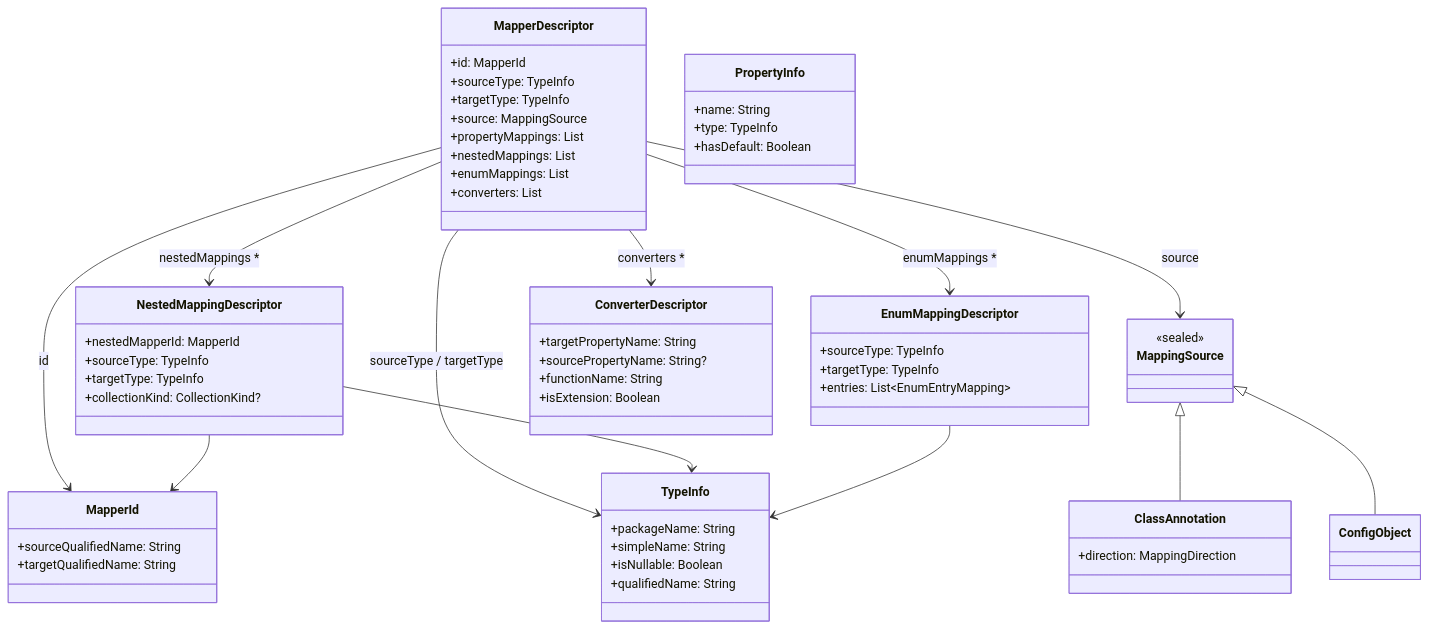
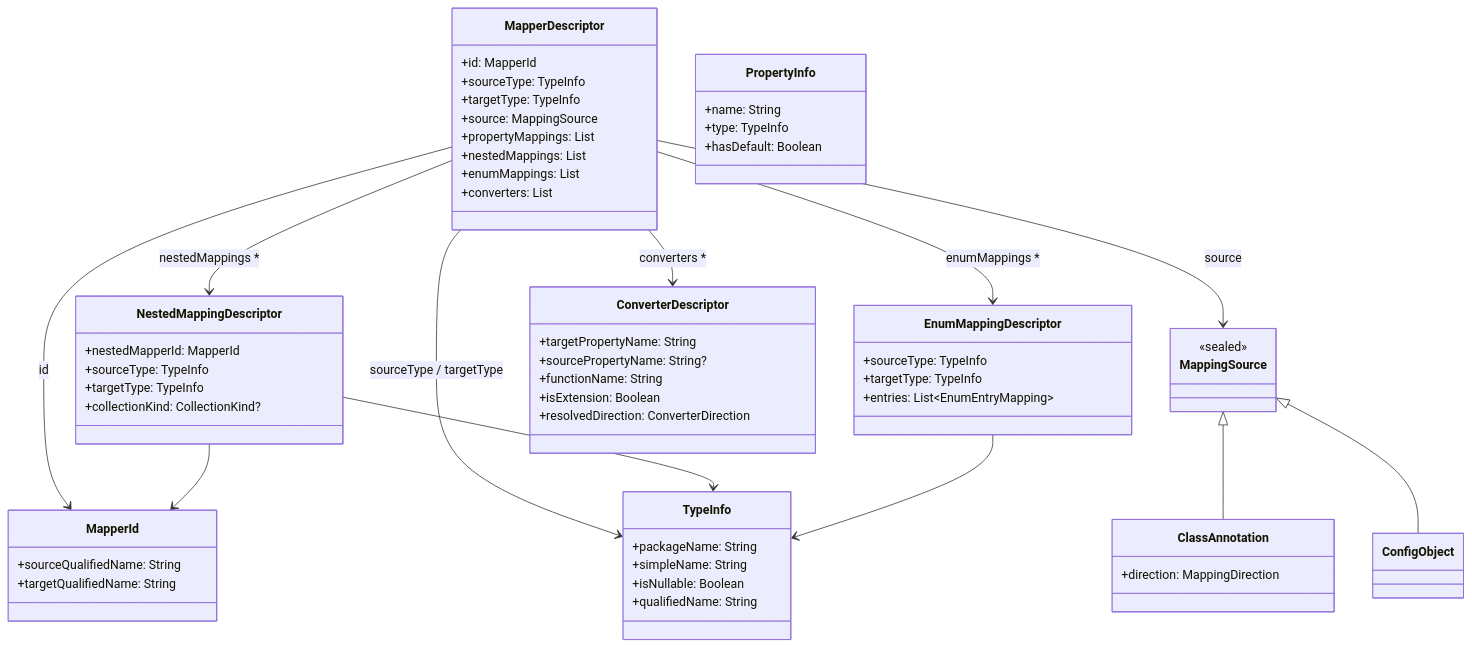
One commit to blu3berry-why/Kraft changed the second of 3 diagrams in docs/developer-guide/custom-code-generator.md. Above: the diagram before and after it, drawn with Mermaid. The commit also changed 13 other files, not shown here.

````diff
--- a/docs/developer-guide/custom-code-generator.md
+++ b/docs/developer-guide/custom-code-generator.md
@@ -58,71 +58,72 @@
 ```mermaid
 classDiagram
     direction TB
 
     class MapperDescriptor {
         +id: MapperId
         +sourceType: TypeInfo
         +targetType: TypeInfo
         +source: MappingSource
         +propertyMappings: List
         +nestedMappings: List
         +enumMappings: List
         +converters: List
     }
 
     class MapperId {
         +sourceQualifiedName: String
         +targetQualifiedName: String
     }
     class TypeInfo {
         +packageName: String
         +simpleName: String
         +isNullable: Boolean
         +qualifiedName: String
     }
     class PropertyInfo {
         +name: String
         +type: TypeInfo
         +hasDefault: Boolean
     }
 
     class MappingSource {
         <<sealed>>
     }
     class ClassAnnotation {
         +direction: MappingDirection
     }
     class ConfigObject
 
     class NestedMappingDescriptor {
         +nestedMapperId: MapperId
         +sourceType: TypeInfo
         +targetType: TypeInfo
         +collectionKind: CollectionKind?
     }
     class EnumMappingDescriptor {
         +sourceType: TypeInfo
         +targetType: TypeInfo
         +entries: List~EnumEntryMapping~
     }
     class ConverterDescriptor {
         +targetPropertyName: String
         +sourcePropertyName: String?
         +functionName: String
         +isExtension: Boolean
+        +resolvedDirection: ConverterDirection
     }
 
     MapperDescriptor --> MapperId : id
     MapperDescriptor --> TypeInfo : sourceType / targetType
     MapperDescriptor --> MappingSource : source
     MapperDescriptor --> NestedMappingDescriptor : nestedMappings *
     MapperDescriptor --> EnumMappingDescriptor : enumMappings *
     MapperDescriptor --> ConverterDescriptor : converters *
 
     MappingSource <|-- ClassAnnotation
     MappingSource <|-- ConfigObject
 
     NestedMappingDescriptor --> MapperId
     NestedMappingDescriptor --> TypeInfo
     EnumMappingDescriptor --> TypeInfo
 ```
````
